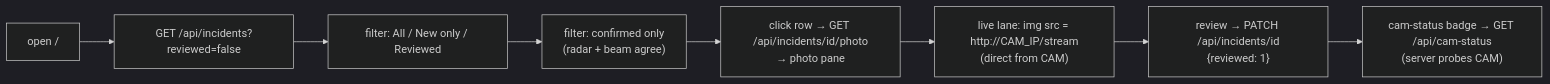
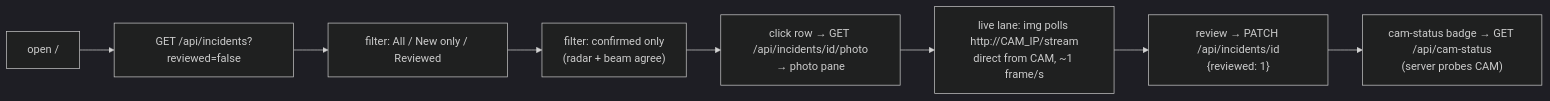
The fourth of 4 diagrams in docs/FLOWCHART.md (qppd/safeway), drawn with Mermaid (dark theme) before and after one commit. The commit also changed other lines of this file and 11 other files, not shown here.

````diff
--- a/docs/FLOWCHART.md
+++ b/docs/FLOWCHART.md
@@ -84,10 +82,10 @@
 ```mermaid
 flowchart LR
     OPEN["open /"] --> LIST["GET /api/incidents?reviewed=false"]
     LIST --> FILTER["filter: All / New only / Reviewed"]
     FILTER --> CONF["filter: confirmed only<br/>(radar + beam agree)"]
     CONF --> ROW["click row → GET /api/incidents/id/photo<br/>→ photo pane"]
-    ROW --> LIVE["live lane: img src = http://CAM_IP/stream<br/>(direct from CAM)"]
+    ROW --> LIVE["live lane: img polls http://CAM_IP/stream<br/>direct from CAM, ~1 frame/s"]
     LIVE --> REVIEW["review → PATCH /api/incidents/id<br/>{reviewed: 1}"]
     REVIEW --> CAMS["cam-status badge → GET /api/cam-status<br/>(server probes CAM)"]
 ```
````
